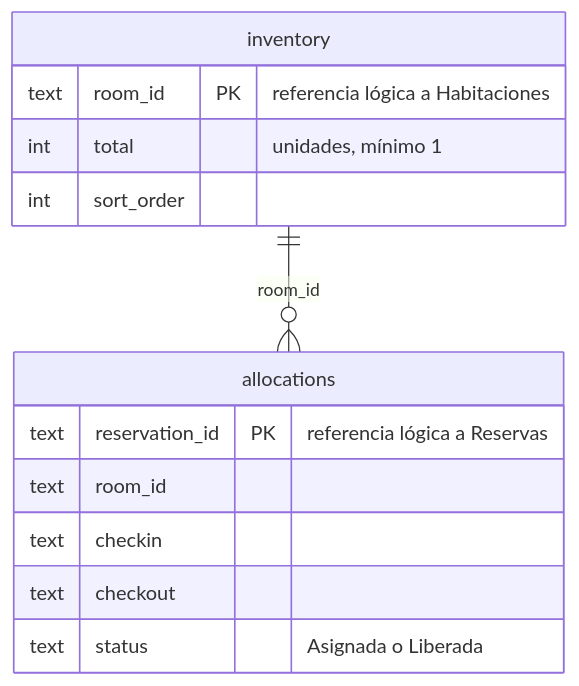
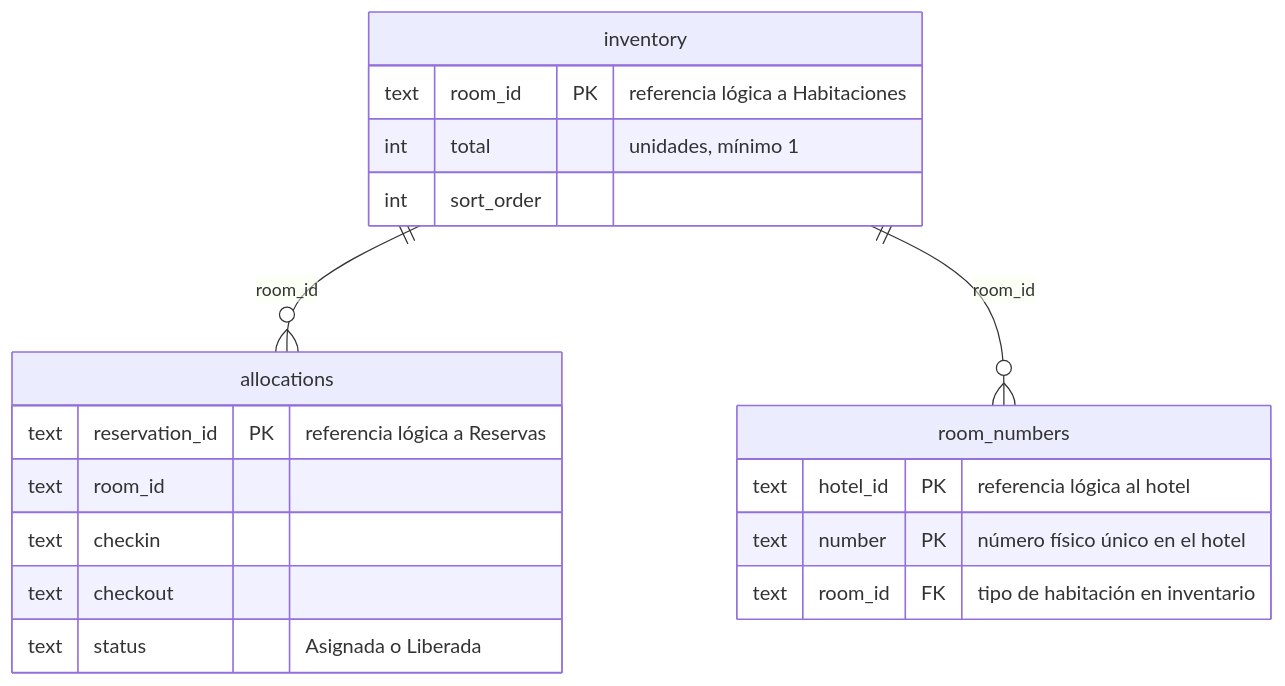
The sixth of 7 diagrams in docs/03-modelo-de-datos.md (DodyCe/hotels), drawn with Mermaid before and after one commit. The commit also changed other lines of this file and 5 other files, not shown here.

Commit message:
Guardar números físicos en el inventario de cada hotel

````diff
--- a/docs/03-modelo-de-datos.md
+++ b/docs/03-modelo-de-datos.md
@@ -156,16 +156,22 @@
 ```mermaid
 erDiagram
   inventory ||--o{ allocations : "room_id"
+  inventory ||--o{ room_numbers : "room_id"
   inventory {
     text room_id PK "referencia lógica a Habitaciones"
     int total "unidades, mínimo 1"
     int sort_order
   }
   allocations {
     text reservation_id PK "referencia lógica a Reservas"
     text room_id
     text checkin
     text checkout
     text status "Asignada o Liberada"
   }
+  room_numbers {
+    text hotel_id PK "referencia lógica al hotel"
+    text number PK "número físico único en el hotel"
+    text room_id FK "tipo de habitación en inventario"
+  }
 ```
````
